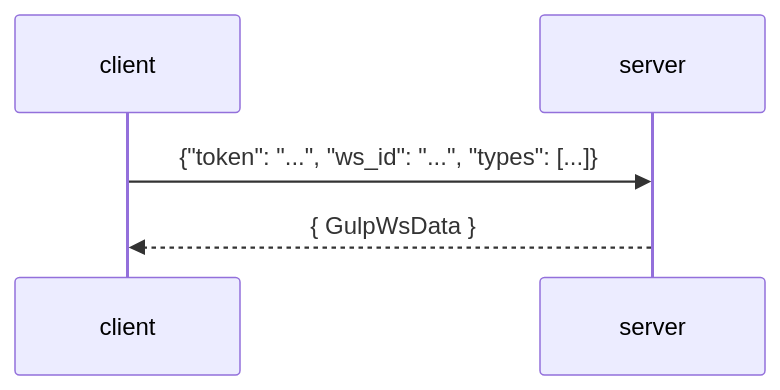
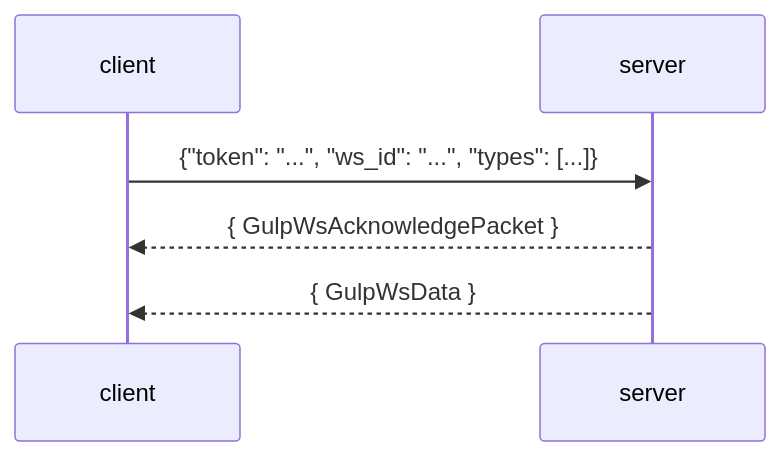
The fifth of 7 diagrams in docs/Architecture.md (mentat-is/gulp), drawn with Mermaid before and after one commit. The commit also changed other lines of this file and 7 other files, not shown here.

Commit message:
- updated docs - "ws_id" is optional when connecting websockets: if not set, it will be   autogenerated and returned in the GulpWsAcknowledgePacket response at the moment of connection

````diff
--- a/docs/Architecture.md
+++ b/docs/Architecture.md
@@ -109,6 +112,7 @@
 ```mermaid
 sequenceDiagram
 
 client->>server: {"token": "...", "ws_id": "...", "types": [...]}
+server-->>client: { GulpWsAcknowledgePacket }
 server-->>client: { GulpWsData }
 ```
````
